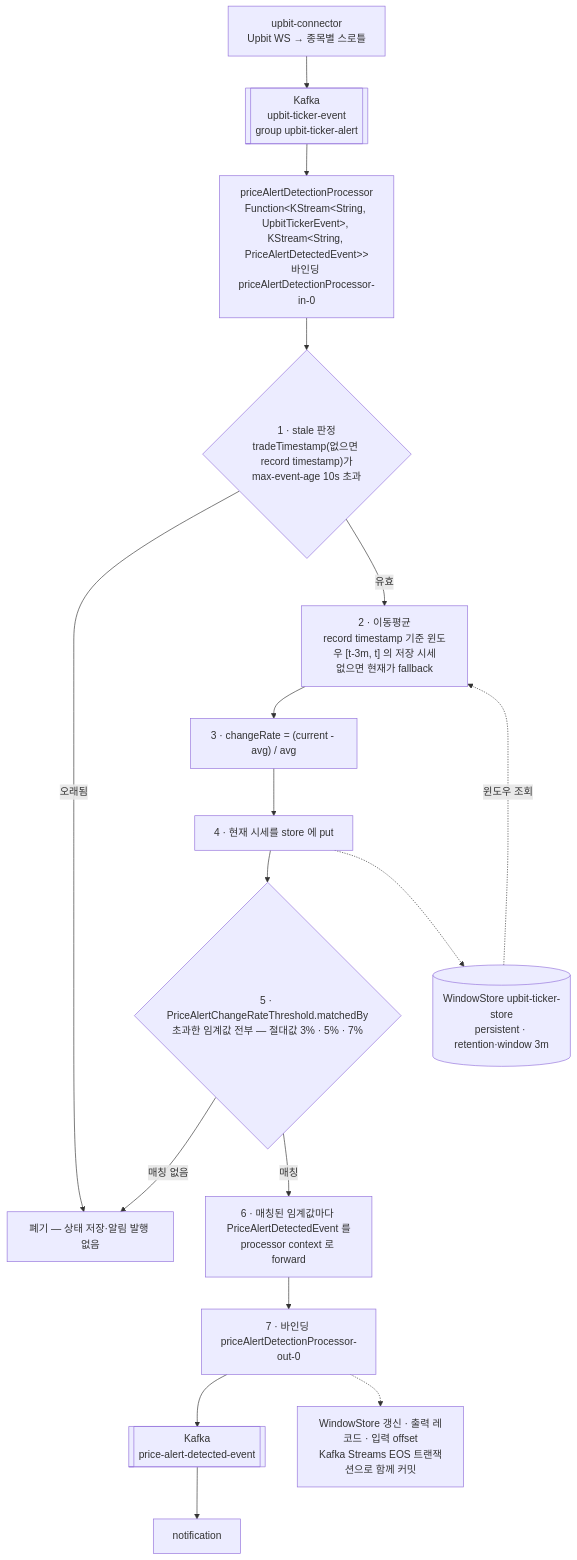
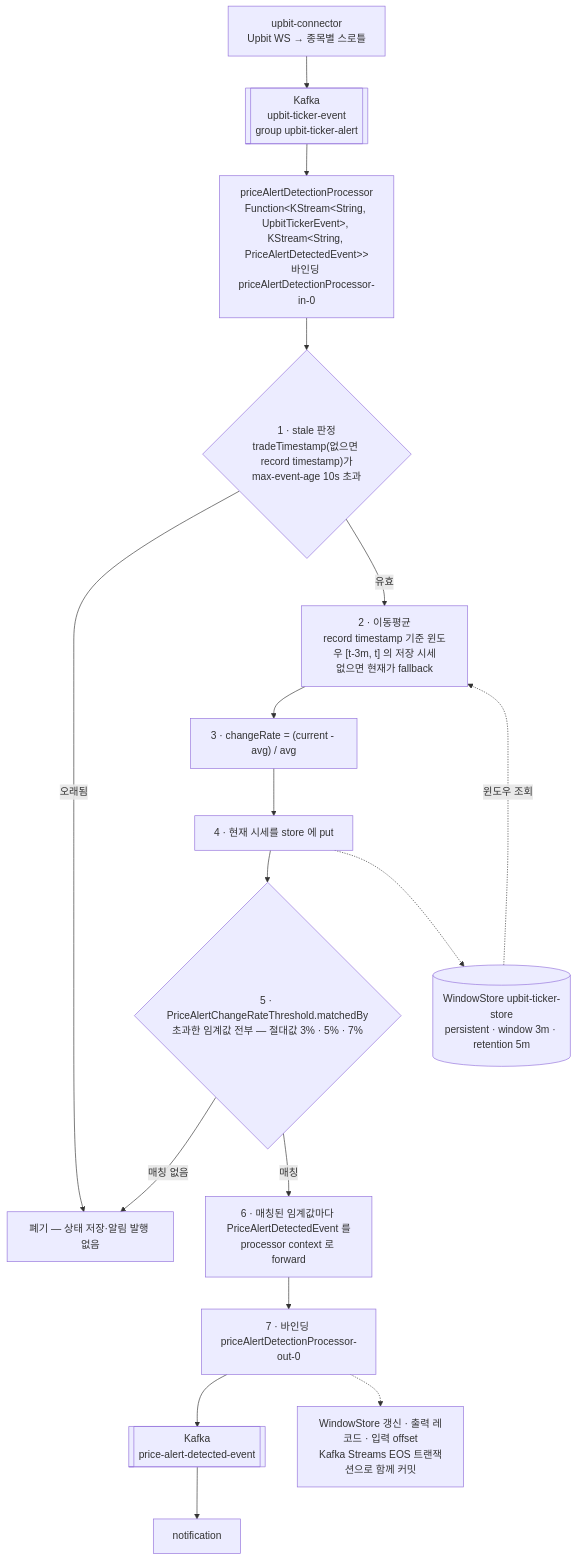
One commit to noah0504789/crypto-project-backend changed the diagram in docs/modules/MARKET_DETECTION.md. Above: the diagram before and after it, drawn with Mermaid. The commit also changed other lines of this file and 3 other files, not shown here.

First line of the commit message:
[fix] market-detection: WindowStore retention 여유 확보 (#308)

````diff
--- a/docs/modules/MARKET_DETECTION.md
+++ b/docs/modules/MARKET_DETECTION.md
@@ -51,28 +51,28 @@
 ```mermaid
 graph TB
   UC["upbit-connector<br/>Upbit WS → 종목별 스로틀"]
   KIN[["Kafka<br/>upbit-ticker-event<br/>group upbit-ticker-alert"]]
   BIND["priceAlertDetectionProcessor<br/>Function&lt;KStream&lt;String, UpbitTickerEvent&gt;, KStream&lt;String, PriceAlertDetectedEvent&gt;&gt;<br/>바인딩 priceAlertDetectionProcessor-in-0"]
   STALE{"1 · stale 판정<br/>tradeTimestamp(없으면 record timestamp)가<br/>max-event-age 10s 초과"}
   DROP["폐기 — 상태 저장·알림 발행 없음"]
   AVG["2 · 이동평균<br/>record timestamp 기준 윈도우 [t-3m, t] 의 저장 시세<br/>없으면 현재가 fallback"]
   RATE["3 · changeRate = (current - avg) / avg"]
   PUT["4 · 현재 시세를 store 에 put"]
   MATCH{"5 · PriceAlertChangeRateThreshold.matchedBy<br/>초과한 임계값 전부 — 절대값 3% · 5% · 7%"}
   FWD["6 · 매칭된 임계값마다 PriceAlertDetectedEvent 를<br/>processor context 로 forward"]
   OUTB["7 · 바인딩 priceAlertDetectionProcessor-out-0"]
   KOUT[["Kafka<br/>price-alert-detected-event"]]
   NOTI["notification"]
-  STORE[("WindowStore upbit-ticker-store<br/>persistent · retention·window 3m")]
+  STORE[("WindowStore upbit-ticker-store<br/>persistent · window 3m · retention 5m")]
   TX["WindowStore 갱신 · 출력 레코드 · 입력 offset<br/>Kafka Streams EOS 트랜잭션으로 함께 커밋"]
 
   UC --> KIN --> BIND --> STALE
   STALE -->|"오래됨"| DROP
   STALE -->|"유효"| AVG
   STORE -.->|"윈도우 조회"| AVG
   AVG --> RATE --> PUT --> MATCH
   PUT -.-> STORE
   MATCH -->|"매칭 없음"| DROP
   MATCH -->|"매칭"| FWD --> OUTB --> KOUT --> NOTI
   OUTB -.-> TX
 ```
````
